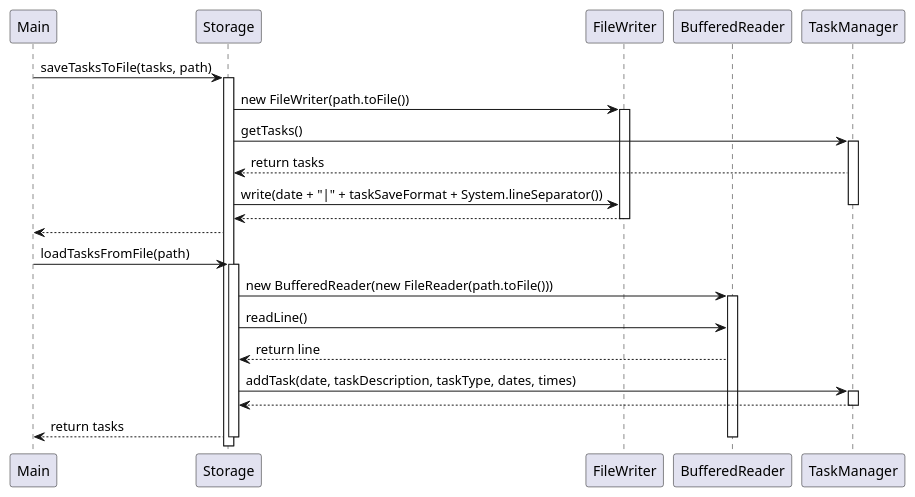
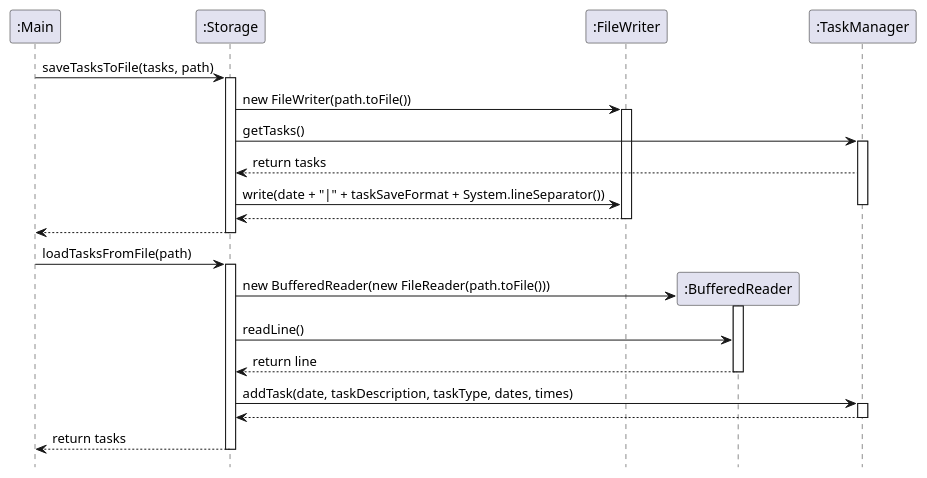
One commit to clarencepohh/tp changed the diagram in docs/diagrams/sequence/SaveAndLoadSequenceDiagrams.puml. Above: the diagram before and after it, drawn with PlantUML. The commit also changed 7 other files, not shown here.

```diff
--- a/docs/diagrams/sequence/SaveAndLoadSequenceDiagrams.puml
+++ b/docs/diagrams/sequence/SaveAndLoadSequenceDiagrams.puml
@@ -1,34 +1,35 @@
 @startuml
-participant "Main" as M
-participant "Storage" as S
-participant "FileWriter" as FW
-participant "BufferedReader" as BR
-participant "TaskManager" as TM
+hide footbox
+participant ":Main" as M
+participant ":Storage" as S
+participant ":FileWriter" as FW
+participant ":BufferedReader" as BR
+participant ":TaskManager" as TM
 
 M -> S : saveTasksToFile(tasks, path)
 activate S
 S -> FW : new FileWriter(path.toFile())
 activate FW
 S -> TM : getTasks()
 activate TM
 TM --> S : return tasks
 S -> FW : write(date + "|" + taskSaveFormat + System.lineSeparator())
 deactivate TM
 FW --> S :
 deactivate FW
-S --> M :
+S --> M-- :
 
 M -> S : loadTasksFromFile(path)
 activate S
-S -> BR : new BufferedReader(new FileReader(path.toFile()))
-activate BR
+create BR
+S -> BR++ : new BufferedReader(new FileReader(path.toFile()))
 S -> BR : readLine()
-BR --> S : return line
+BR --> S-- : return line
 S -> TM : addTask(date, taskDescription, taskType, dates, times)
 activate TM
 TM --> S :
 deactivate TM
 S --> M : return tasks
 deactivate BR
 deactivate S
 @enduml
```
